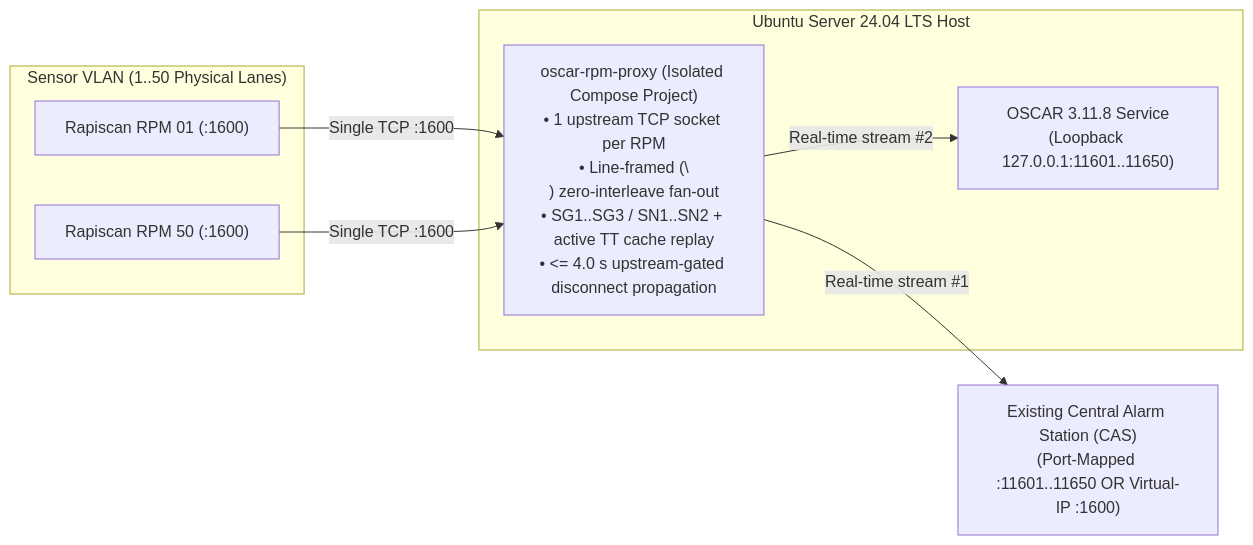
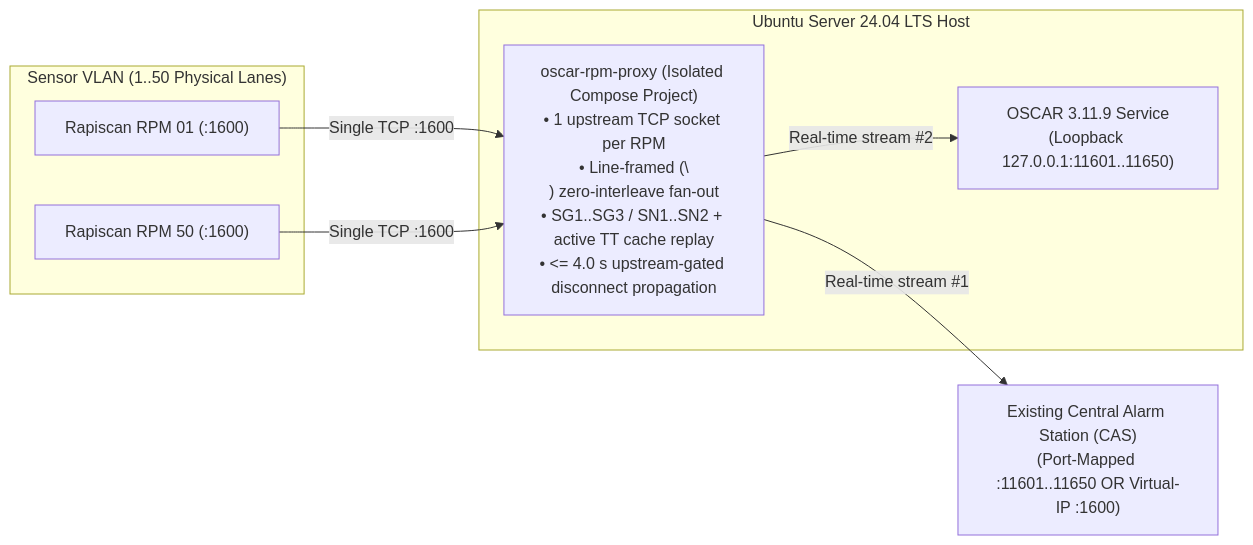
One commit to ORNL/oscar changed the diagram in docs/RPM_EDGE_PROXY_GUIDE.md. Above: the diagram before and after it, drawn with Mermaid. The commit also changed other lines of this file and 39 other files, not shown here.

````diff
--- a/docs/RPM_EDGE_PROXY_GUIDE.md
+++ b/docs/RPM_EDGE_PROXY_GUIDE.md
@@ -13,19 +13,19 @@
 ```mermaid
 flowchart LR
     subgraph SensorVLAN["Sensor VLAN (1..50 Physical Lanes)"]
         RPM1["Rapiscan RPM 01 (:1600)"]
         RPM50["Rapiscan RPM 50 (:1600)"]
     end
 
     subgraph OscarHost["Ubuntu Server 24.04 LTS Host"]
         Proxy["oscar-rpm-proxy (Isolated Compose Project)\n• 1 upstream TCP socket per RPM\n• Line-framed (\\n) zero-interleave fan-out\n• SG1..SG3 / SN1..SN2 + active TT cache replay\n• <= 4.0 s upstream-gated disconnect propagation"]
-        OSCAR["OSCAR 3.11.8 Service\n(Loopback 127.0.0.1:11601..11650)"]
+        OSCAR["OSCAR 3.11.9 Service\n(Loopback 127.0.0.1:11601..11650)"]
     end
 
     CAS["Existing Central Alarm Station (CAS)\n(Port-Mapped :11601..11650 OR Virtual-IP :1600)"]
 
     RPM1 -->|"Single TCP :1600"| Proxy
     RPM50 -->|"Single TCP :1600"| Proxy
     Proxy -->|"Real-time stream #1"| CAS
     Proxy -->|"Real-time stream #2"| OSCAR
 ```
````
